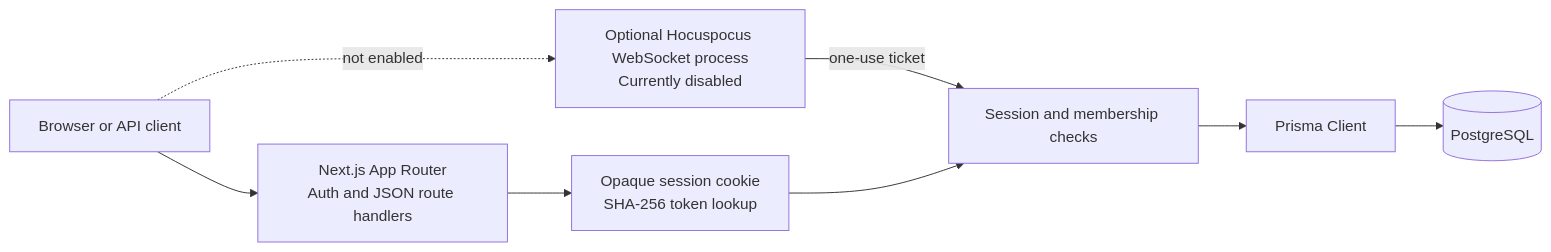
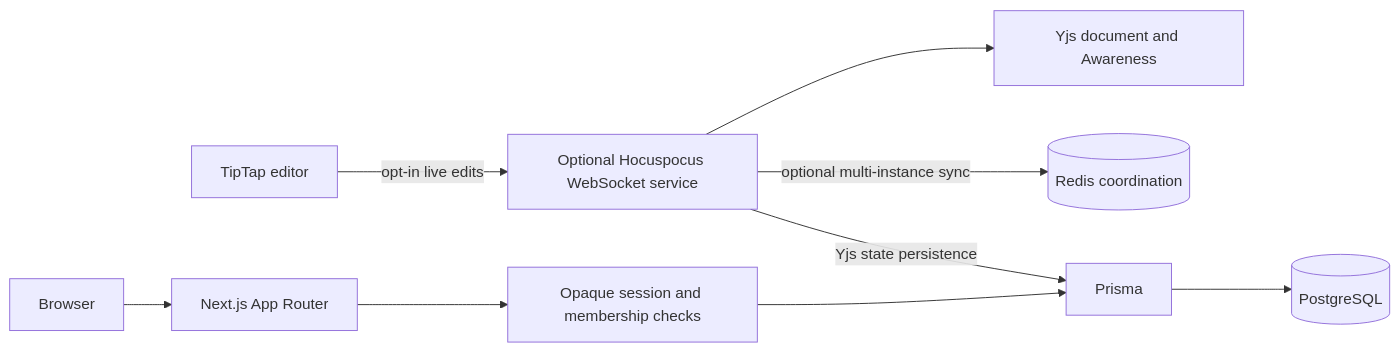
The diagram in README.md (prathamesh-pp/collab-space), drawn with Mermaid before and after one commit. The commit also changed other lines of this file and 49 other files, not shown here.

````diff
--- a/README.md
+++ b/README.md
@@ -91,17 +35,21 @@
 ```mermaid
 flowchart LR
-  Browser[Browser or API client]
-  Next[Next.js App Router\nAuth and JSON route handlers]
-  Hocuspocus[Optional Hocuspocus WebSocket process\nCurrently disabled]
-  Auth[Opaque session cookie\nSHA-256 token lookup]
-  Policy[Session and membership checks]
-  Prisma[Prisma Client]
+  Browser[Browser]
+  App[Next.js App Router]
+  Auth[Opaque session and membership checks]
+  Editor[TipTap editor]
+  WS[Optional Hocuspocus WebSocket service]
+  Yjs[Yjs document and Awareness]
+  Redis[(Redis coordination)]
+  Prisma[Prisma]
   DB[(PostgreSQL)]
-  Browser --> Next
-  Browser -. "not enabled" .-> Hocuspocus
-  Hocuspocus -->|one-use ticket| Policy
-  Next --> Auth
-  Auth --> Policy
-  Policy --> Prisma
+
+  Browser --> App
+  App --> Auth
+  Auth --> Prisma
   Prisma --> DB
+  Editor -->|opt-in live edits| WS
+  WS --> Yjs
+  WS -->|optional multi-instance sync| Redis
+  WS -->|Yjs state persistence| Prisma
 ```
````
